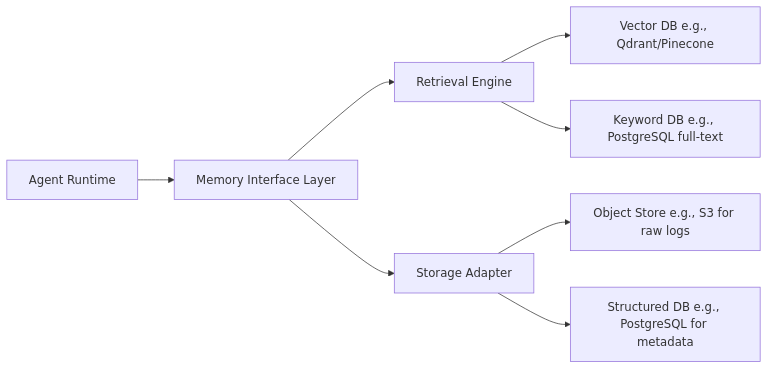
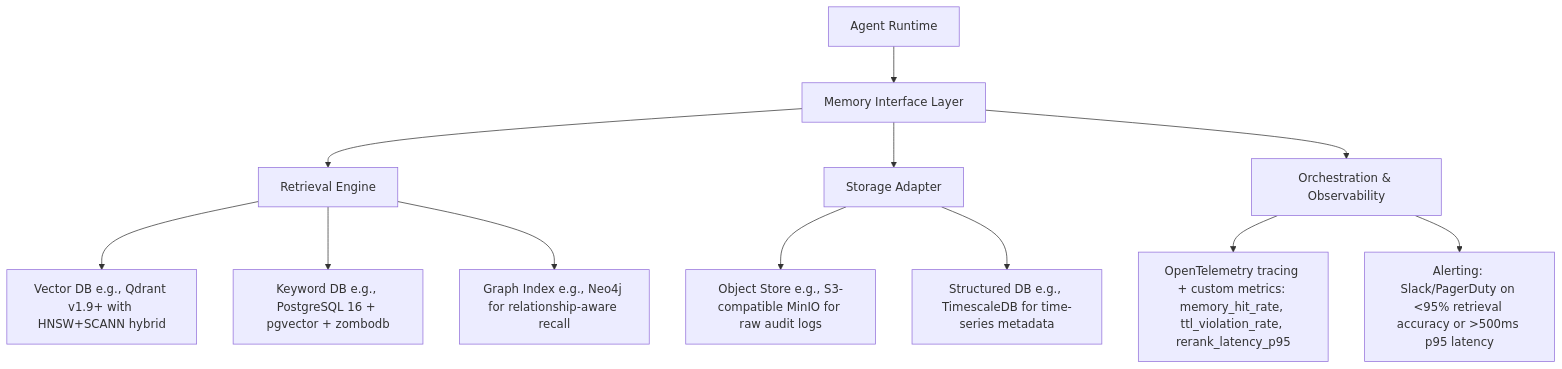
One commit to liuwei1993/ai-llm-agent-knowledge changed the diagram in 13-记忆机制/长期记忆设计.md. Above: the diagram before and after it, drawn with Mermaid. The commit also changed other lines of this file and 1 other file, not shown here.

````diff
--- a/13-记忆机制/长期记忆设计.md
+++ b/13-记忆机制/长期记忆设计.md
@@ -32,10 +35,14 @@
 ```mermaid
-graph LR
+graph TD
 A[Agent Runtime] --> B[Memory Interface Layer]
 B --> C[Retrieval Engine]
 B --> D[Storage Adapter]
-C --> E[Vector DB e.g., Qdrant/Pinecone]
-C --> F[Keyword DB e.g., PostgreSQL full-text]
-D --> G[Object Store e.g., S3 for raw logs]
-D --> H[Structured DB e.g., PostgreSQL for metadata]
+B --> E[Orchestration & Observability]
+C --> F[Vector DB e.g., Qdrant v1.9+ with HNSW+SCANN hybrid]
+C --> G[Keyword DB e.g., PostgreSQL 16 + pgvector + zombodb]
+C --> H[Graph Index e.g., Neo4j for relationship-aware recall]
+D --> I[Object Store e.g., S3-compatible MinIO for raw audit logs]
+D --> J[Structured DB e.g., TimescaleDB for time-series metadata]
+E --> K[OpenTelemetry tracing + custom metrics: memory_hit_rate, ttl_violation_rate, rerank_latency_p95]
+E --> L[Alerting: Slack/PagerDuty on <95% retrieval accuracy or >500ms p95 latency]
 ```
````
